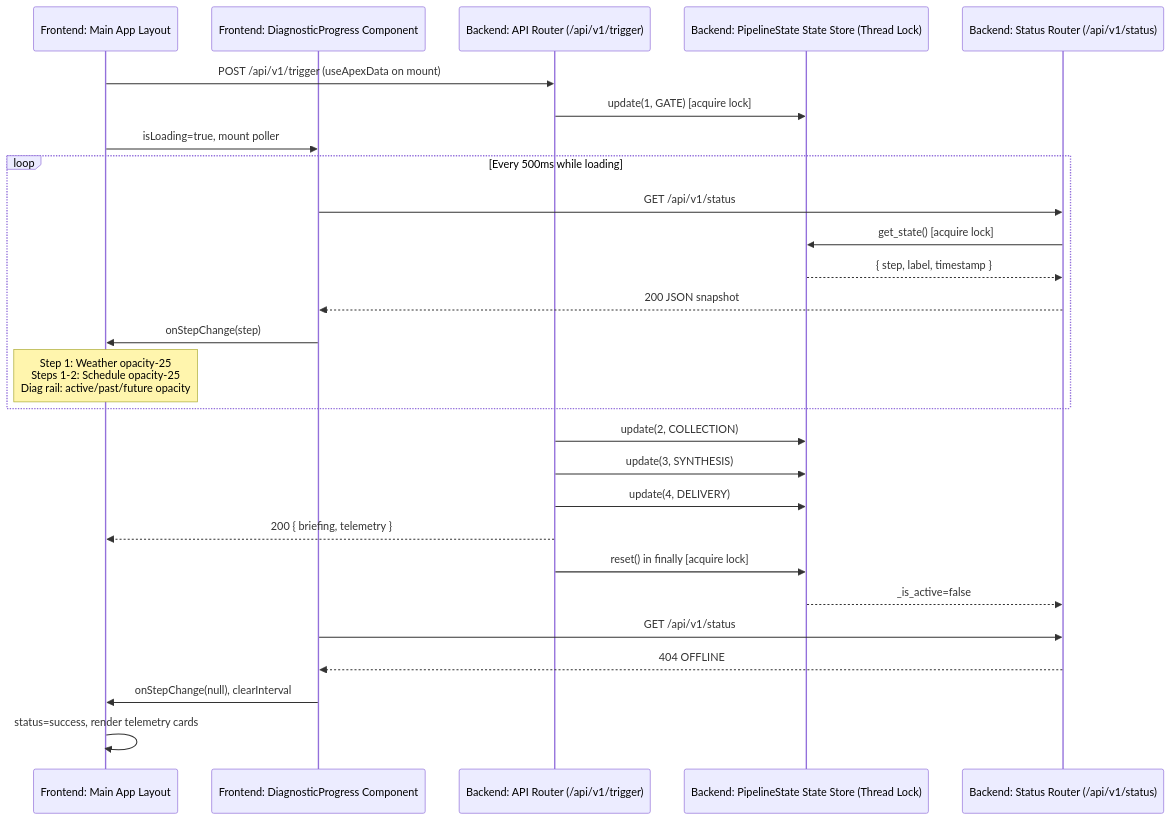
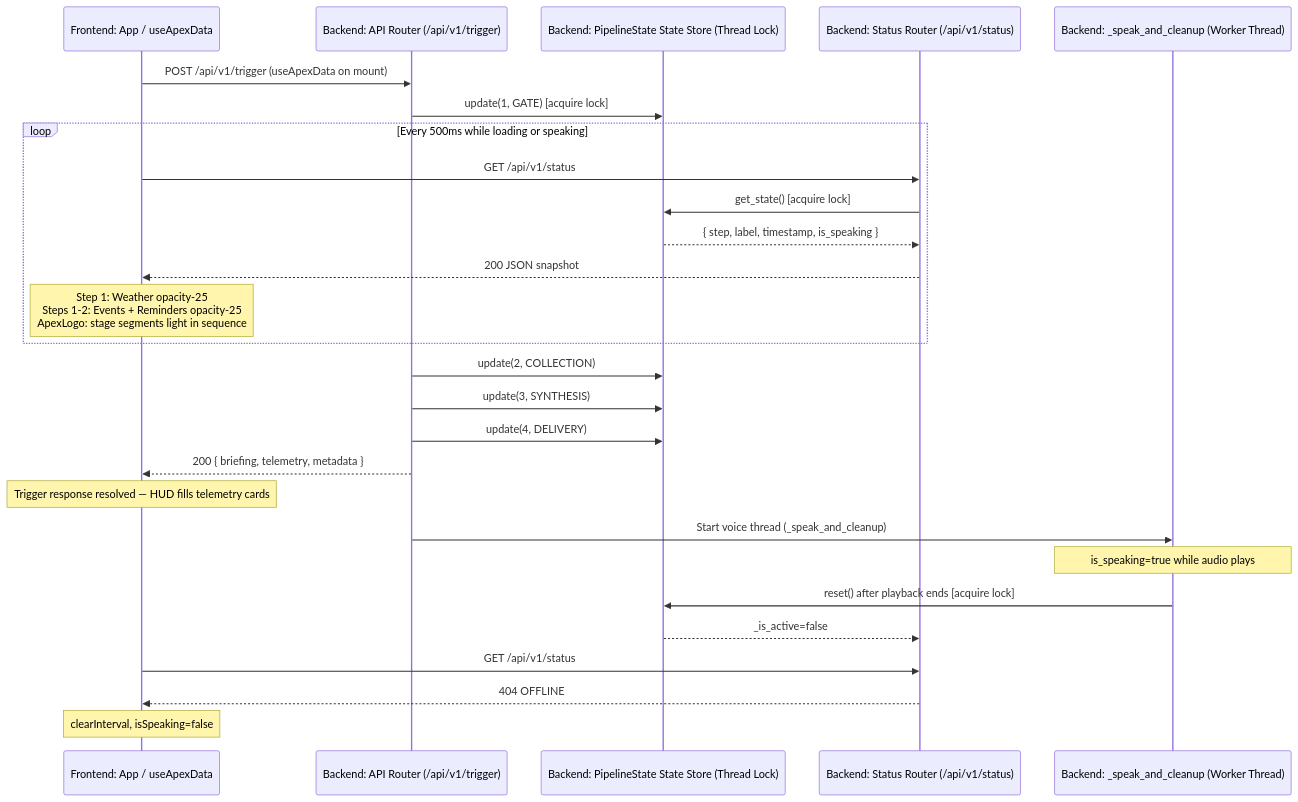
The diagram in README.md (edumarcano/APEX), drawn with Mermaid before and after one commit. The commit also changed other lines of this file and 4 other files, not shown here.

````diff
--- a/README.md
+++ b/README.md
@@ -34,33 +34,34 @@
 ```mermaid
 sequenceDiagram
-    participant App as Frontend: Main App Layout
-    participant Diag as Frontend: DiagnosticProgress Component
+    participant App as Frontend: App / useApexData
     participant Trigger as Backend: API Router (/api/v1/trigger)
     participant Store as Backend: PipelineState State Store (Thread Lock)
     participant Status as Backend: Status Router (/api/v1/status)
+    participant Speaker as Backend: _speak_and_cleanup (Worker Thread)
 
     App->>Trigger: POST /api/v1/trigger (useApexData on mount)
     Trigger->>Store: update(1, GATE) [acquire lock]
-    App->>Diag: isLoading=true, mount poller
 
-    loop Every 500ms while loading
-        Diag->>Status: GET /api/v1/status
+    loop Every 500ms while loading or speaking
+        App->>Status: GET /api/v1/status
         Status->>Store: get_state() [acquire lock]
-        Store-->>Status: { step, label, timestamp }
-        Status-->>Diag: 200 JSON snapshot
-        Diag->>App: onStepChange(step)
-        Note over App: Step 1: Weather opacity-25<br/>Steps 1-2: Schedule opacity-25<br/>Diag rail: active/past/future opacity
+        Store-->>Status: { step, label, timestamp, is_speaking }
+        Status-->>App: 200 JSON snapshot
+        Note over App: Step 1: Weather opacity-25<br/>Steps 1-2: Events + Reminders opacity-25<br/>ApexLogo: stage segments light in sequence
     end
 
     Trigger->>Store: update(2, COLLECTION)
     Trigger->>Store: update(3, SYNTHESIS)
     Trigger->>Store: update(4, DELIVERY)
-    Trigger-->>App: 200 { briefing, telemetry }
+    Trigger-->>App: 200 { briefing, telemetry, metadata }
+    Note over App: Trigger response resolved — HUD fills telemetry cards
 
-    Trigger->>Store: reset() in finally [acquire lock]
+    Trigger->>Speaker: Start voice thread (_speak_and_cleanup)
+    Note over Speaker: is_speaking=true while audio plays
+    Speaker->>Store: reset() after playback ends [acquire lock]
     Store-->>Status: _is_active=false
-    Diag->>Status: GET /api/v1/status
-    Status-->>Diag: 404 OFFLINE
-    Diag->>App: onStepChange(null), clearInterval
-    App->>App: status=success, render telemetry cards
+
+    App->>Status: GET /api/v1/status
+    Status-->>App: 404 OFFLINE
+    Note over App: clearInterval, isSpeaking=false
 ```
````
